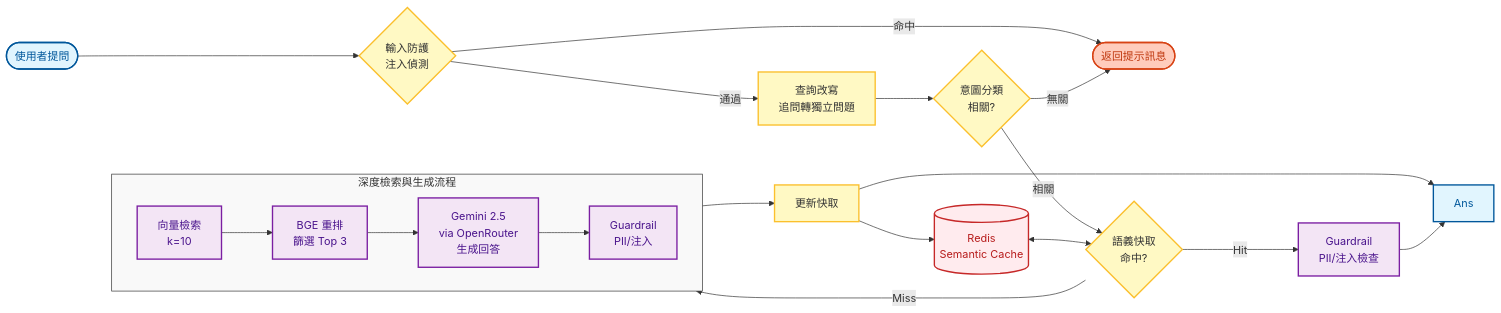
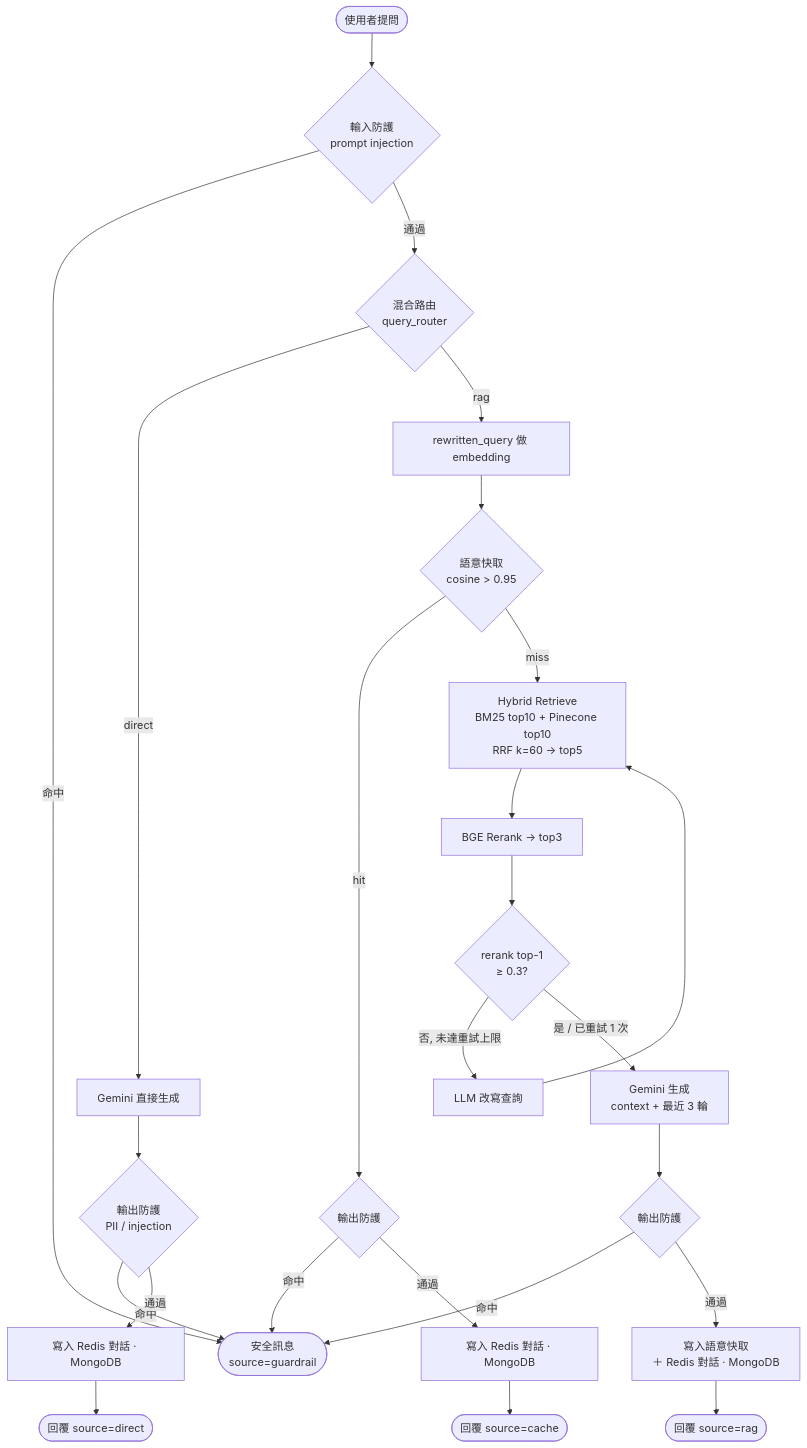
One commit to albertkingdom/rag-chatbot-demo changed the second of 4 diagrams in architecture.md. Above: the diagram before and after it, drawn with Mermaid. The commit also changed other lines of this file and 4 other files, not shown here.

First line of the commit message:
docs: align architecture docs with current RAG implementation

````diff
--- a/architecture.md
+++ b/architecture.md
@@ -77,47 +63,27 @@
 ```mermaid
-flowchart LR
-    %% 方向與元件定義
-    Q([使用者提問]) --> InputGuard{輸入防護<br/>注入偵測}
+flowchart TD
+    Q([使用者提問]) --> InGuard{輸入防護<br/>prompt injection}
+    InGuard -- 命中 --> GuardMsg([安全訊息<br/>source=guardrail])
+    InGuard -- 通過 --> Router{混合路由<br/>query_router}
 
-    InputGuard -- 命中 --> Reject([返回提示訊息])
-    InputGuard -- 通過 --> Rewrite[查詢改寫<br/>追問轉獨立問題]
+    Router -- direct --> DirectGen[Gemini 直接生成]
+    DirectGen --> OutGuard1{輸出防護<br/>PII / injection}
+    OutGuard1 -- 命中 --> GuardMsg
+    OutGuard1 -- 通過 --> SaveD[寫入 Redis 對話 · MongoDB] --> DirectAns([回覆 source=direct])
 
-    Rewrite --> Intent{意圖分類<br/>相關?}
+    Router -- rag --> Embed[rewritten_query 做 embedding]
+    Embed --> Cache{語意快取<br/>cosine > 0.95}
+    Cache -- hit --> OutGuard2{輸出防護}
+    OutGuard2 -- 命中 --> GuardMsg
+    OutGuard2 -- 通過 --> SaveC[寫入 Redis 對話 · MongoDB] --> CacheAns([回覆 source=cache])
 
-    Intent -- 無關 --> Reject
-    Intent -- 相關 --> Cache{語義快取<br/>命中?}
-
-    Redis[(Redis<br/>Semantic Cache)] <--> Cache
-
-    subgraph RAG ["深度檢索與生成流程"]
-        direction LR
-        Search[向量檢索<br/>k=10] --> Rerank[BGE 重排<br/>篩選 Top 3]
-        Rerank --> Gen[Gemini 2.5<br/>via OpenRouter<br/>生成回答]
-        Gen --> GuardDeep[Guardrail<br/>PII/注入]
-    end
-
-    Cache -- Miss --> Search
-    Cache -- Hit ----> GuardCache[Guardrail<br/>PII/注入檢查]
-
-    %% 回寫快取路徑
-    GuardDeep --> Store[更新快取]
-    Store --> Redis
-    Store --> Ans
-    GuardCache --> Ans
-
-    %% 樣式美化 (增強對比度以利簡報呈現)
-    classDef input fill:#e1f5fe,stroke:#01579b,stroke-width:2px,color:#01579b
-    classDef logic fill:#fff9c4,stroke:#fbc02d,stroke-width:2px,color:#333
-    classDef core fill:#f3e5f5,stroke:#7b1fa2,stroke-width:2px,color:#4a148c
-    classDef storage fill:#ffebee,stroke:#c62828,stroke-width:2px,color:#b71c1c
-    classDef reject fill:#ffccbc,stroke:#d84315,stroke-width:2px,color:#bf360c
-
-    class Q,Ans input
-    class InputGuard,Rewrite,Intent,Cache,Store logic
-    class Search,Rerank,Gen,GuardDeep,GuardCache core
-    class Redis storage
-    class Reject reject
-
-    %% 子圖樣式
-    style RAG fill:#f9f9f9,stroke:#333,stroke-width:1px,color:#333
+    Cache -- miss --> Retrieve[Hybrid Retrieve<br/>BM25 top10 + Pinecone top10<br/>RRF k=60 → top5]
+    Retrieve --> Rerank[BGE Rerank → top3]
+    Rerank --> Grade{rerank top-1<br/>≥ 0.3?}
+    Grade -- 否, 未達重試上限 --> Retry[LLM 改寫查詢] --> Retrieve
+    Grade -- 是 / 已重試 1 次 --> Gen[Gemini 生成<br/>context + 最近 3 輪]
+    Gen --> OutGuard3{輸出防護}
+    OutGuard3 -- 命中 --> GuardMsg
+    OutGuard3 -- 通過 --> Save[寫入語意快取<br/>＋ Redis 對話 · MongoDB]
+    Save --> RagAns([回覆 source=rag])
 ```
````
